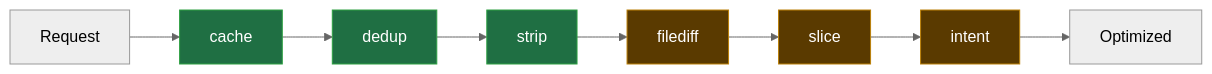
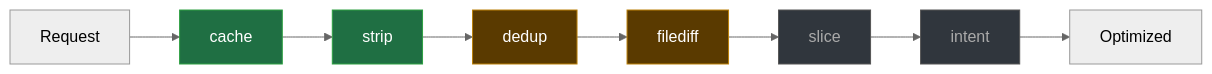
The second of 6 diagrams in README.md (aliarsalan177/throttle.ai), drawn with Mermaid (neutral theme) before and after one commit. The commit also changed other lines of this file and 38 other files, not shown here.

````diff
--- a/README.md
+++ b/README.md
@@ -52,6 +52,7 @@
 ```mermaid
 flowchart LR
-    R[Request] --> S1[cache]:::on --> S2[dedup]:::on --> S3[strip]:::on --> S4[filediff]:::risk --> S5[slice]:::risk --> S6[intent]:::risk --> OUT[Optimized]
+    R[Request] --> S1[cache]:::on --> S2[strip]:::on --> S3[dedup]:::off --> S4[filediff]:::off --> S5[slice]:::exp --> S6[intent]:::exp --> OUT[Optimized]
     classDef on fill:#1f6f43,stroke:#2ea043,color:#fff;
-    classDef risk fill:#5a3a00,stroke:#bb8009,color:#fff;
+    classDef off fill:#5a3a00,stroke:#bb8009,color:#fff;
+    classDef exp fill:#30363d,stroke:#555,color:#aaa;
 ```
````
